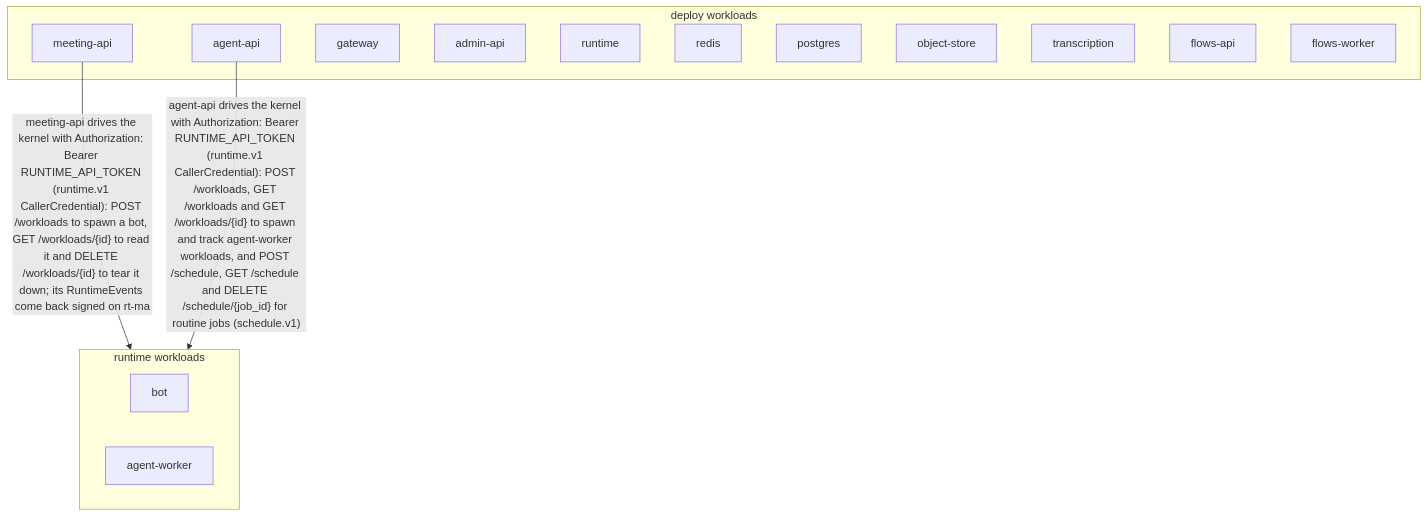
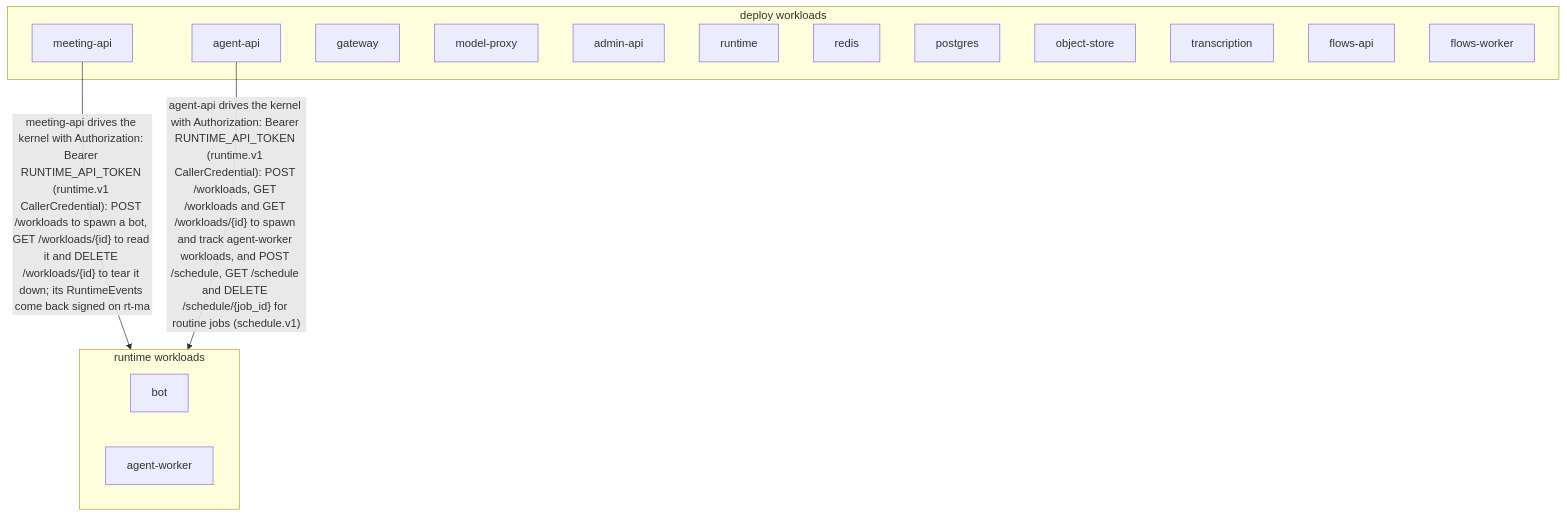
The diagram in docs/views/deployment.mmd (Vexa-ai/vexa), drawn with Mermaid before and after one commit. The commit also changed 53 other files, not shown here.

```diff
--- a/docs/views/deployment.mmd
+++ b/docs/views/deployment.mmd
@@ -1,23 +1,24 @@
 %% GENERATED — pnpm arch:dsl --write
 flowchart TB
   subgraph runtime_wl["runtime workloads"]
     bot["bot"]
     agent_worker["agent-worker"]
   end
   meeting_api -->|"meeting-api drives the kernel with Authorization: Bearer RUNTIME_API_TOKEN (runtime.v1 CallerCredential): POST /workloads to spawn a bot, GET /workloads/{id} to read it and DELETE /workloads/{id} to tear it down; its RuntimeEvents come back signed on rt-ma"| runtime_wl
   agent_api -->|"agent-api drives the kernel with Authorization: Bearer RUNTIME_API_TOKEN (runtime.v1 CallerCredential): POST /workloads, GET /workloads and GET /workloads/{id} to spawn and track agent-worker workloads, and POST /schedule, GET /schedule and DELETE /schedule/{job_id} for routine jobs (schedule.v1)"| runtime_wl
   subgraph deploy_wl["deploy workloads"]
     gateway["gateway"]
     meeting_api["meeting-api"]
     agent_api["agent-api"]
+    model_proxy["model-proxy"]
     admin_api["admin-api"]
     runtime["runtime"]
     redis["redis"]
     postgres["postgres"]
     object_store["object-store"]
     transcription["transcription"]
   end
   subgraph deploy_wl["deploy workloads"]
     flows_api["flows-api"]
     flows_worker["flows-worker"]
   end
```
